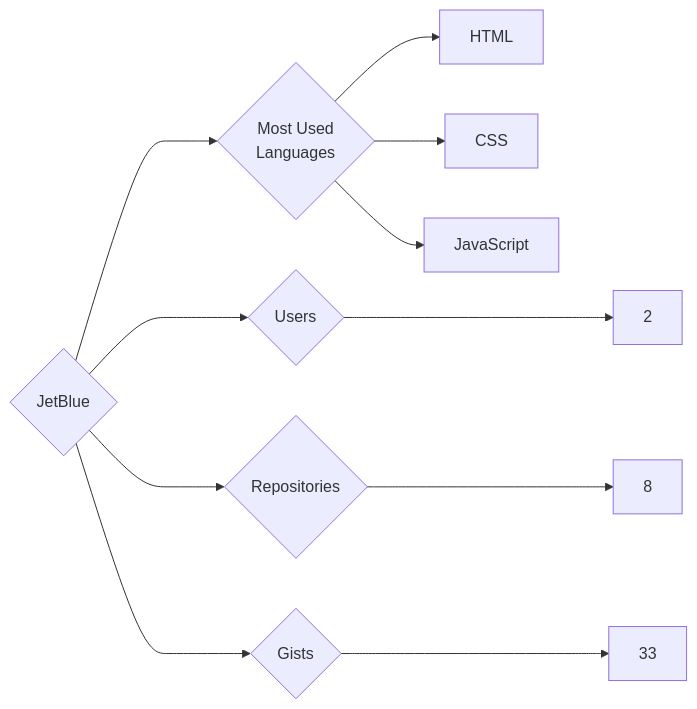
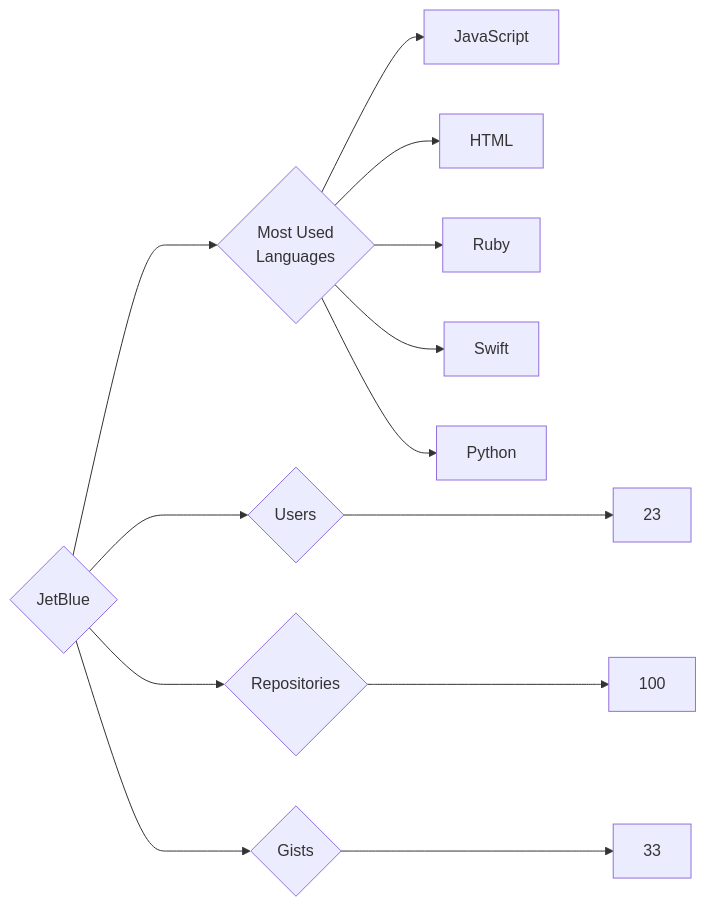
Before and after one commit to trickest/insiders: the diagram in targets/JetBlue/README.md, drawn with Mermaid. The commit also changed 714 other files, not shown here.

````diff
--- a/targets/JetBlue/README.md
+++ b/targets/JetBlue/README.md
@@ -3,11 +3,13 @@
 ```mermaid
 graph LR
 COMPANY_NAME{JetBlue}
-COMPANY_NAME ---> U{Users} ---> UN[2]
-COMPANY_NAME ---> R{Repositories} ---> RN[8]
+COMPANY_NAME ---> U{Users} ---> UN[23]
+COMPANY_NAME ---> R{Repositories} ---> RN[100]
 COMPANY_NAME ---> G{Gists} ---> GN[33]
 COMPANY_NAME ---> ML{Most Used<br>Languages}
+ML --> JavaScript[JavaScript]
 ML --> HTML[HTML]
-ML --> CSS[CSS]
-ML --> JavaScript[JavaScript]
+ML --> Ruby[Ruby]
+ML --> Swift[Swift]
+ML --> Python[Python]
 ```
````
